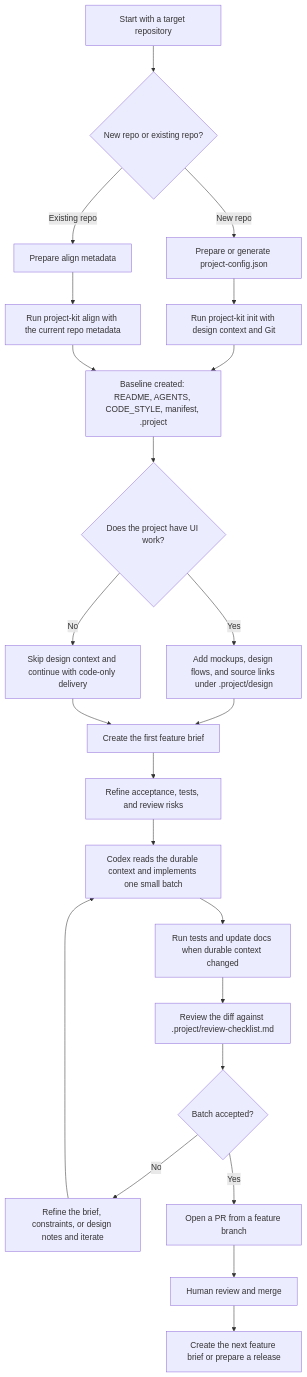
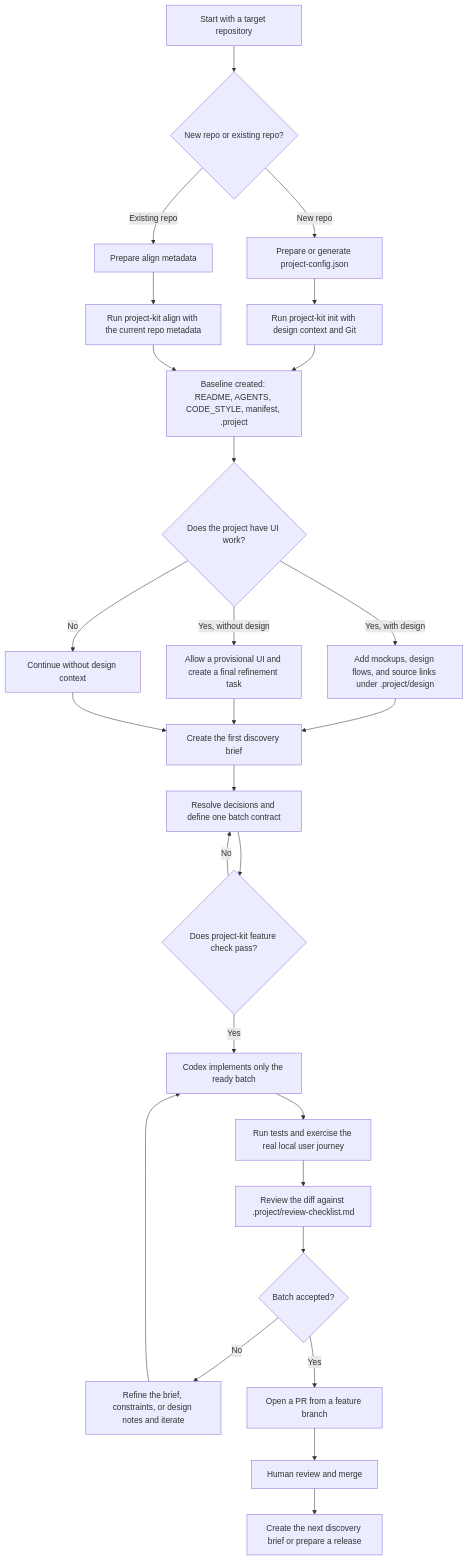
Before and after one commit to danieleperilli/project-kit: the diagram in README.md, drawn with Mermaid. The commit also changed other lines of this file and 12 other files, not shown here.

First line of the commit message:
refactor: update feature brief guidelines and readiness checks

````diff
--- a/README.md
+++ b/README.md
@@ -188,25 +225,29 @@
 ```mermaid
 flowchart TD
     A[Start with a target repository] --> B{New repo or existing repo?}
     B -->|New repo| C[Prepare or generate project-config.json]
     B -->|Existing repo| D[Prepare align metadata]
     C --> E[Run project-kit init with design context and Git]
     D --> F[Run project-kit align with the current repo metadata]
     E --> G[Baseline created: README, AGENTS, CODE_STYLE, manifest, .project]
     F --> G
     G --> H{Does the project have UI work?}
-    H -->|Yes| I[Add mockups, design flows, and source links under .project/design]
-    H -->|No| J[Skip design context and continue with code-only delivery]
-    I --> K[Create the first feature brief]
+    H -->|Yes, with design| I[Add mockups, design flows, and source links under .project/design]
+    H -->|Yes, without design| J[Allow a provisional UI and create a final refinement task]
+    H -->|No| V[Continue without design context]
+    I --> K[Create the first discovery brief]
     J --> K
-    K --> L[Refine acceptance, tests, and review risks]
-    L --> M[Codex reads the durable context and implements one small batch]
-    M --> N[Run tests and update docs when durable context changed]
-    N --> O[Review the diff against .project/review-checklist.md]
-    O --> P{Batch accepted?}
-    P -->|No| Q[Refine the brief, constraints, or design notes and iterate]
-    Q --> M
-    P -->|Yes| R[Open a PR from a feature branch]
-    R --> S[Human review and merge]
-    S --> T[Create the next feature brief or prepare a release]
+    V --> K
+    K --> L[Resolve decisions and define one batch contract]
+    L --> M{Does project-kit feature check pass?}
+    M -->|No| L
+    M -->|Yes| N[Codex implements only the ready batch]
+    N --> O[Run tests and exercise the real local user journey]
+    O --> P[Review the diff against .project/review-checklist.md]
+    P --> Q{Batch accepted?}
+    Q -->|No| R[Refine the brief, constraints, or design notes and iterate]
+    R --> N
+    Q -->|Yes| S[Open a PR from a feature branch]
+    S --> T[Human review and merge]
+    T --> U[Create the next discovery brief or prepare a release]
 ```
````
